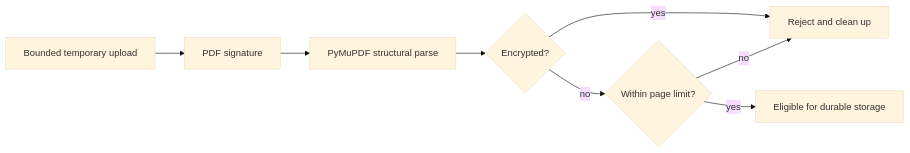
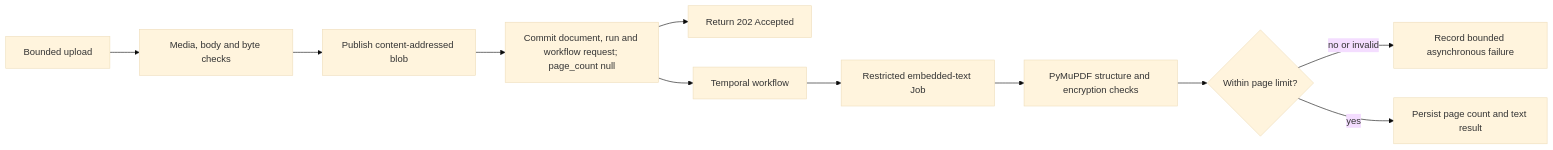
One commit to PietroRussoD/ai-document-processing-platform changed diagram 14 of 16 in docs/architecture.md. Above: the diagram before and after it, drawn with Mermaid (base theme). The commit also changed other lines of this file, not shown here.

Commit message:
📝 Document isolated parser architecture

````diff
--- a/docs/architecture.md
+++ b/docs/architecture.md
@@ -720,10 +737,13 @@
 ```mermaid
 flowchart LR
-    Upload[Bounded temporary upload] --> Signature[PDF signature]
-    Signature --> Structure[PyMuPDF structural parse]
-    Structure --> Encryption{Encrypted?}
-    Encryption -->|yes| Reject[Reject and clean up]
-    Encryption -->|no| Pages{Within page limit?}
-    Pages -->|no| Reject
-    Pages -->|yes| Accept[Eligible for durable storage]
+    Upload[Bounded upload] --> Request[Media, body and byte checks]
+    Request --> Blob[Publish content-addressed blob]
+    Blob --> Register[Commit document, run and workflow request; page_count null]
+    Register --> Accepted[Return 202 Accepted]
+    Register --> Workflow[Temporal workflow]
+    Workflow --> Job[Restricted embedded-text Job]
+    Job --> Inspect[PyMuPDF structure and encryption checks]
+    Inspect --> Pages{Within page limit?}
+    Pages -->|no or invalid| Failure[Record bounded asynchronous failure]
+    Pages -->|yes| Persist[Persist page count and text result]
 ```
````
